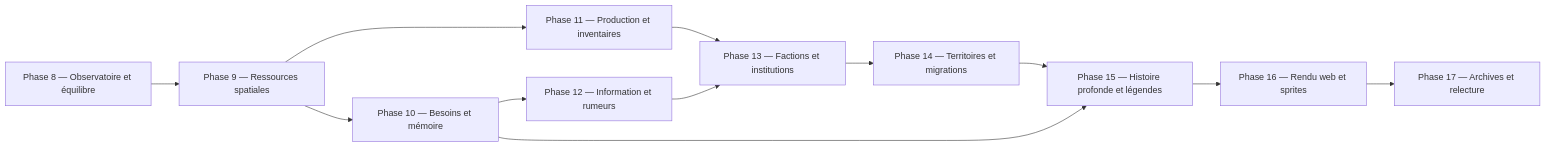
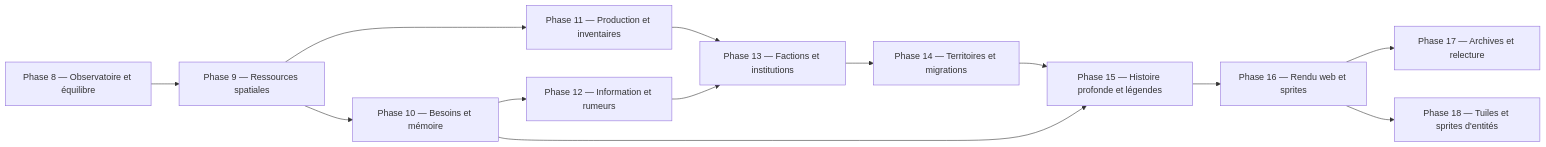
The diagram in ROADMAP_EMERGENCE.md (Drwhy/chartographist), drawn with Mermaid before and after one commit. The commit also changed other lines of this file and 16 other files, not shown here.

````diff
--- a/ROADMAP_EMERGENCE.md
+++ b/ROADMAP_EMERGENCE.md
@@ -77,14 +77,15 @@
 ```mermaid
 flowchart LR
     P8["Phase 8 — Observatoire et équilibre"] --> P9["Phase 9 — Ressources spatiales"]
     P9 --> P10["Phase 10 — Besoins et mémoire"]
     P9 --> P11["Phase 11 — Production et inventaires"]
     P10 --> P12["Phase 12 — Information et rumeurs"]
     P11 --> P13["Phase 13 — Factions et institutions"]
     P12 --> P13
     P13 --> P14["Phase 14 — Territoires et migrations"]
     P14 --> P15["Phase 15 — Histoire profonde et légendes"]
     P15 --> P16["Phase 16 — Rendu web et sprites"]
     P16 --> P17["Phase 17 — Archives et relecture"]
+    P16 --> P18["Phase 18 — Tuiles et sprites d'entités"]
     P10 --> P15
 ```
````
